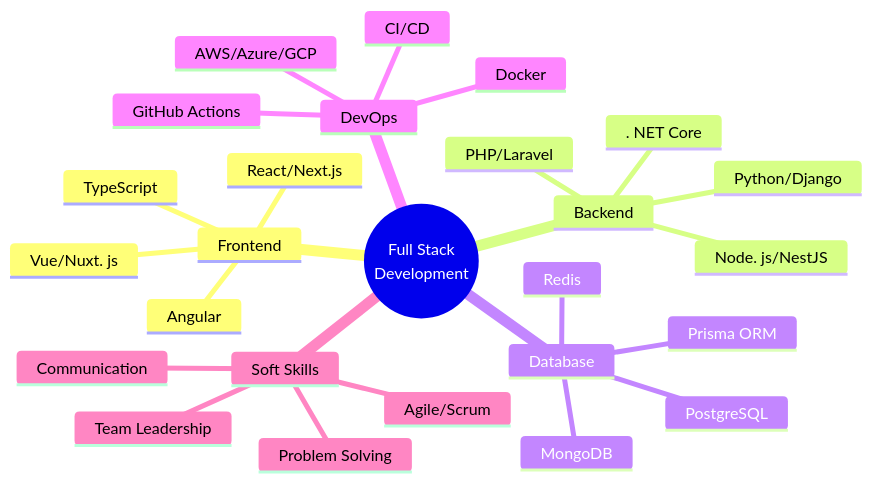
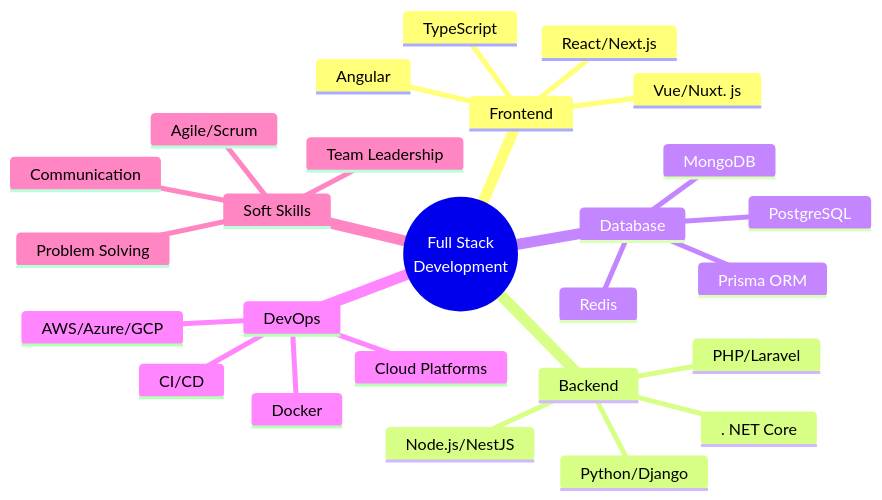
Before and after one commit to truongraph/truongraph: the diagram in README.md, drawn with Mermaid. The commit also changed other lines of this file, not shown here.

````diff
--- a/README.md
+++ b/README.md
@@ -966,30 +973,30 @@
 ```mermaid
 mindmap
   root((Full Stack
     Development))
     Frontend
       React/Next.js
       Vue/Nuxt. js
       Angular
       TypeScript
     Backend
-      Node. js/NestJS
+      Node.js/NestJS
       PHP/Laravel
       . NET Core
       Python/Django
     Database
       PostgreSQL
       MongoDB
       Redis
       Prisma ORM
     DevOps
       Docker
       CI/CD
       AWS/Azure/GCP
-      GitHub Actions
+      Cloud Platforms
     Soft Skills
       Problem Solving
       Team Leadership
       Agile/Scrum
       Communication
 ```
````
